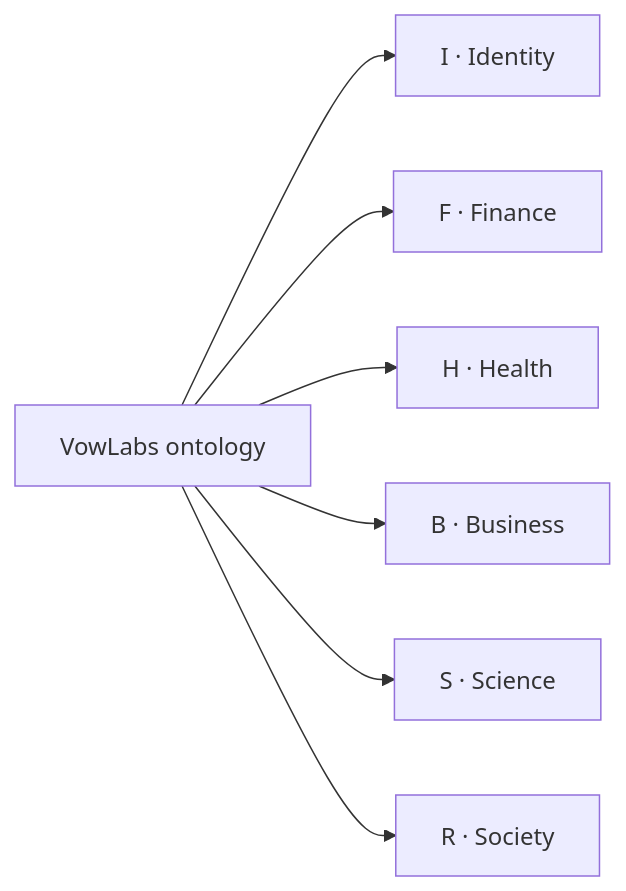
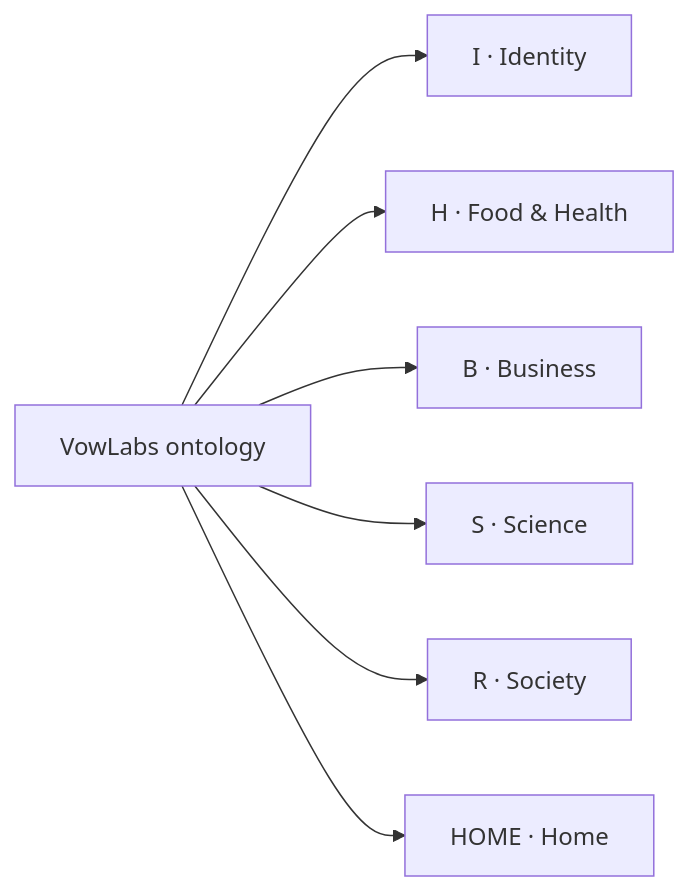
The diagram in README.md (VowLabs/Ontology), drawn with Mermaid before and after one commit. The commit also changed other lines of this file and 318 other files, not shown here.

````diff
--- a/README.md
+++ b/README.md
@@ -35,16 +35,16 @@
 ```mermaid
 flowchart LR
     root["VowLabs ontology"]
     n_I["I · Identity"]
-    n_F["F · Finance"]
-    n_H["H · Health"]
+    n_H["H · Food &amp; Health"]
     n_B["B · Business"]
     n_S["S · Science"]
     n_R["R · Society"]
+    n_HOME["HOME · Home"]
     root --> n_I
-    root --> n_F
     root --> n_H
     root --> n_B
     root --> n_S
     root --> n_R
+    root --> n_HOME
 ```
````
